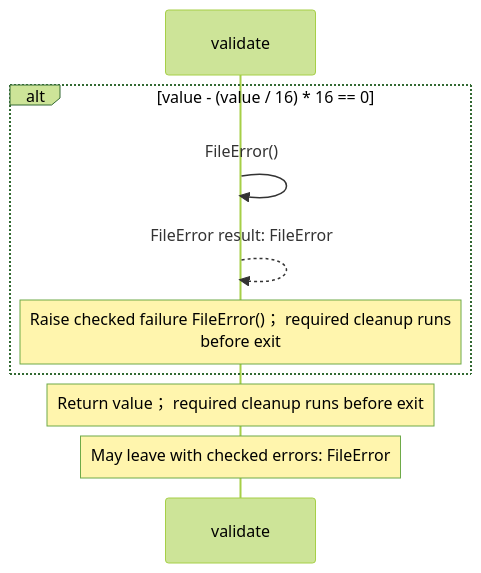
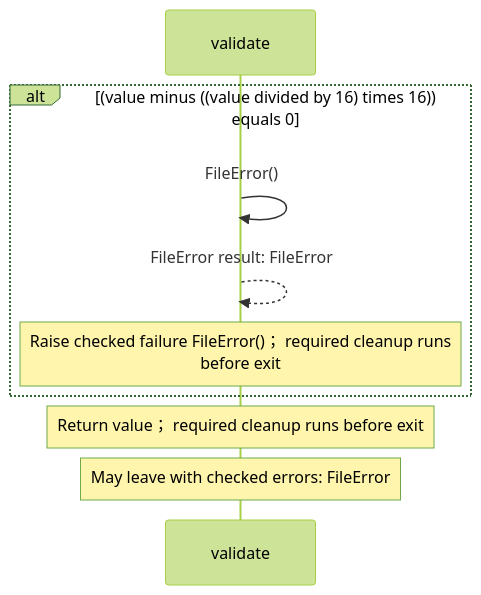
Before and after one commit to GreenPandaStudios/augscript: the diagram in benchmarks/errors/operations.aug.diagrams.md, drawn with Mermaid (forest theme). The commit also changed other lines of this file and 658 other files, not shown here.

````diff
--- a/benchmarks/errors/operations.aug.diagrams.md
+++ b/benchmarks/errors/operations.aug.diagrams.md
@@ -18,12 +22,12 @@
 ```mermaid
 sequenceDiagram
     participant p0 as validate
 
-    alt value - (value / 16) * 16 == 0
+    alt (value minus ((value divided by 16) times 16)) equals 0
     p0->>p0: FileError()
     p0-->>p0: FileError result: FileError
     Note over p0: Raise checked failure FileError()； required cleanup runs<br/>before exit
     end
     Note over p0: Return value； required cleanup runs before exit
     Note over p0: May leave with checked errors: FileError
 ```
````
